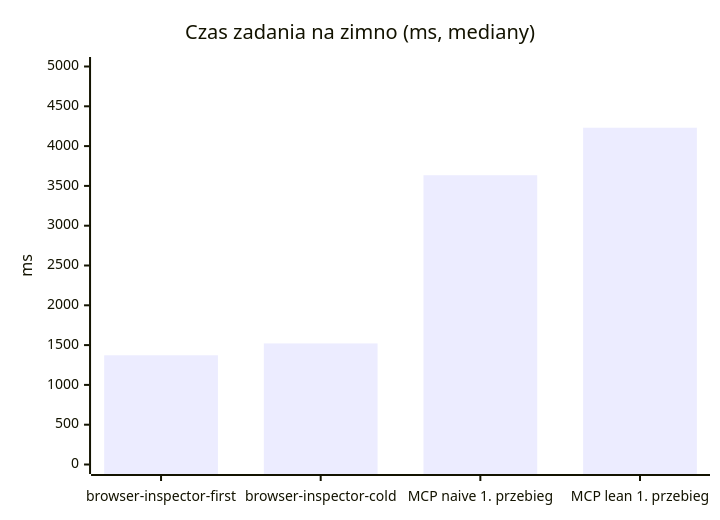
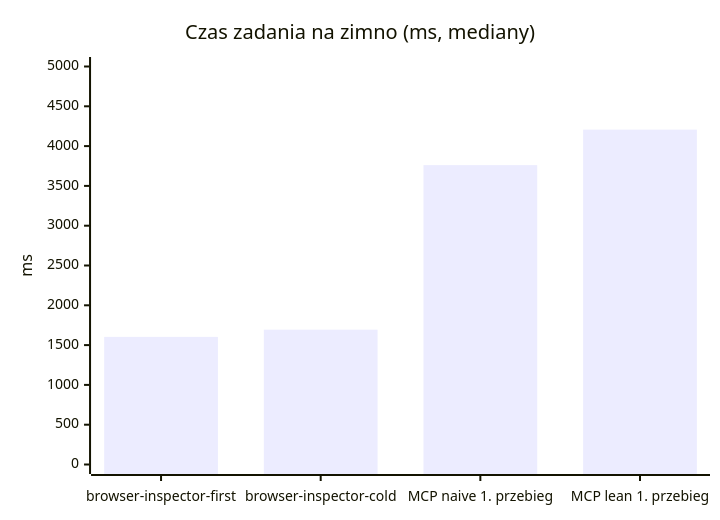
The second of 3 diagrams in bench/RAPORT.md (nowiro/scribe-devtools), drawn with Mermaid before and after one commit. The commit also changed other lines of this file and 6 other files, not shown here.

````diff
--- a/bench/RAPORT.md
+++ b/bench/RAPORT.md
@@ -35,7 +35,7 @@
 ```mermaid
 xychart-beta
     title "Czas zadania na zimno (ms, mediany)"
     x-axis ["browser-inspector-first", "browser-inspector-cold", "MCP naive 1. przebieg", "MCP lean 1. przebieg"]
     y-axis "ms" 0 --> 5000
-    bar [1372, 1521, 3634, 4231]
+    bar [1603, 1694, 3761, 4207]
 ```
````
